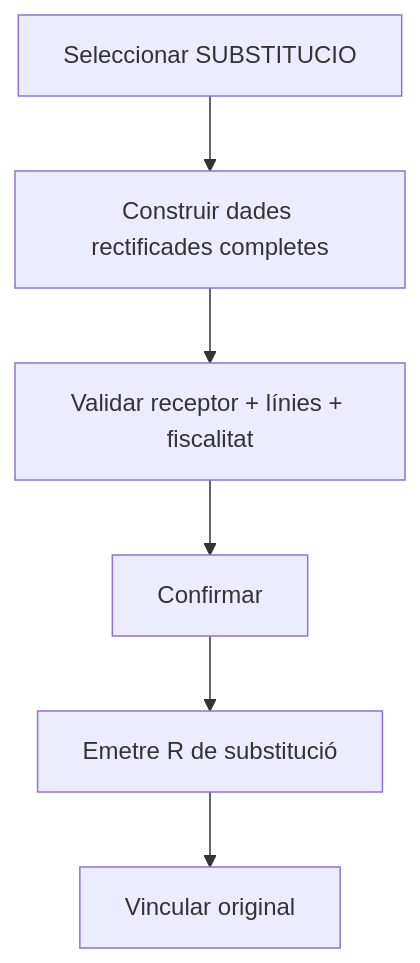
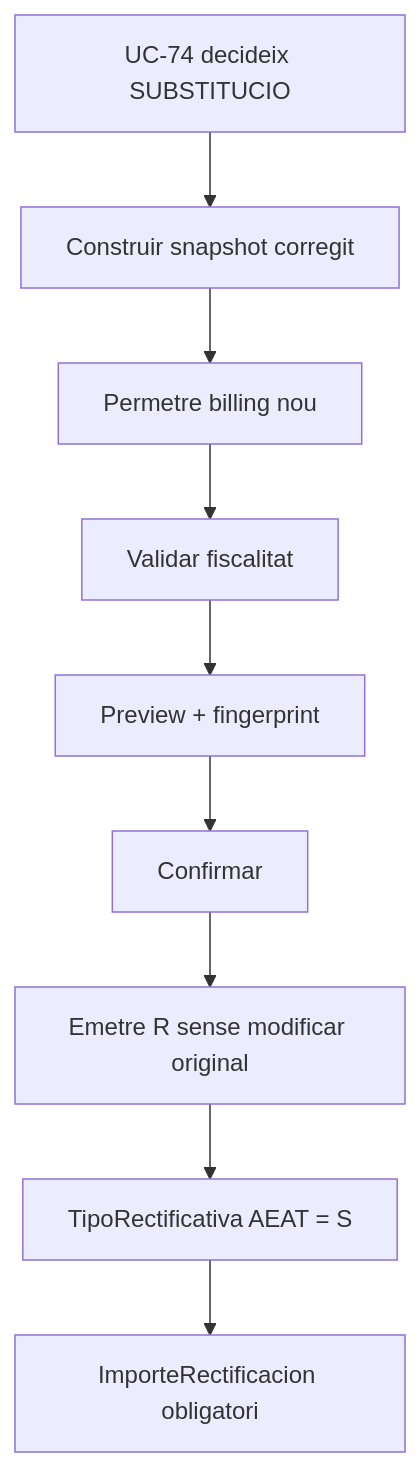
The eighth of 13 diagrams in documentacio/07-uml-integrat/uc-005-activitats-pagines-actual-final.md (orgmeriemprismacat-del/verifactu), drawn with Mermaid before and after one commit. The commit also changed other lines of this file, not shown here.

Commit message:
docs(UC-005): actualitza activitats per command i AEAT

````diff
--- a/documentacio/07-uml-integrat/uc-005-activitats-pagines-actual-final.md
+++ b/documentacio/07-uml-integrat/uc-005-activitats-pagines-actual-final.md
@@ -62,8 +99,11 @@
 ```mermaid
 flowchart TD
-A[Seleccionar SUBSTITUCIO] --> B[Construir dades rectificades completes]
-B --> C[Validar receptor + línies + fiscalitat]
-C --> D[Confirmar]
-D --> E[Emetre R de substitució]
-E --> F[Vincular original]
+A[UC-74 decideix SUBSTITUCIO] --> B[Construir snapshot corregit]
+B --> C[Permetre billing nou]
+C --> D[Validar fiscalitat]
+D --> E[Preview + fingerprint]
+E --> F[Confirmar]
+F --> G[Emetre R sense modificar original]
+G --> H[TipoRectificativa AEAT = S]
+H --> I[ImporteRectificacion obligatori]
 ```
````
